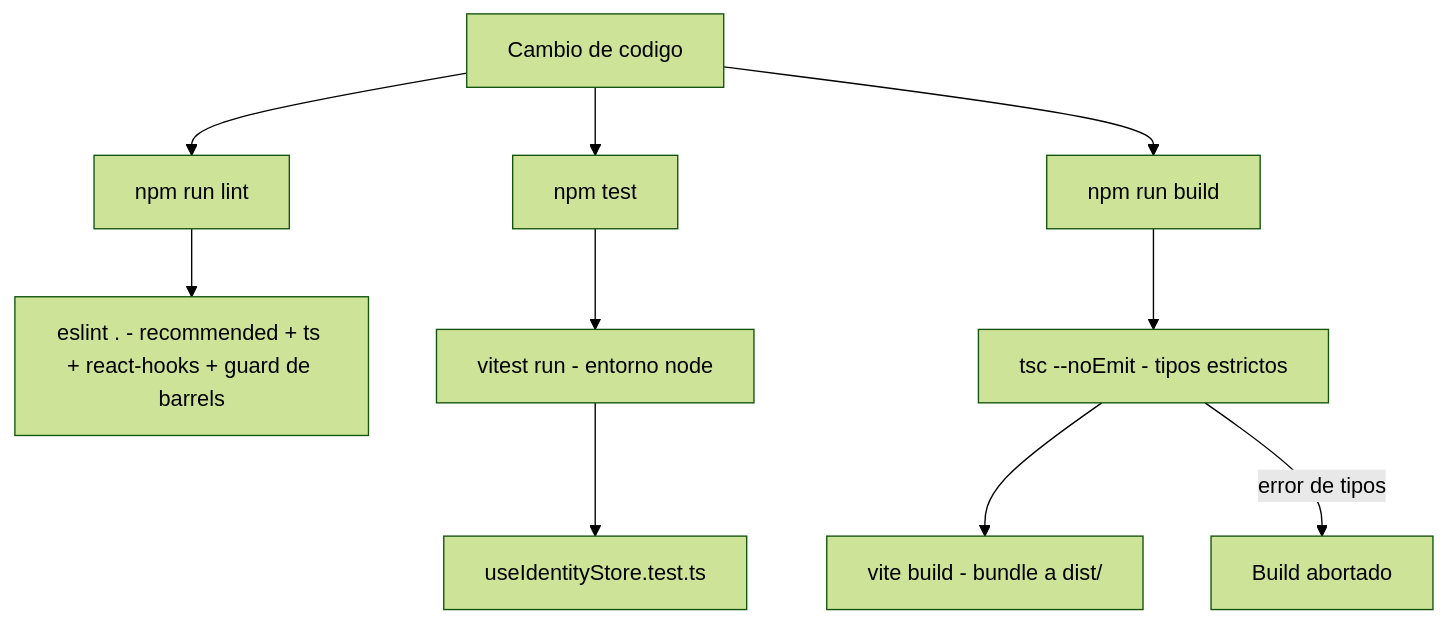
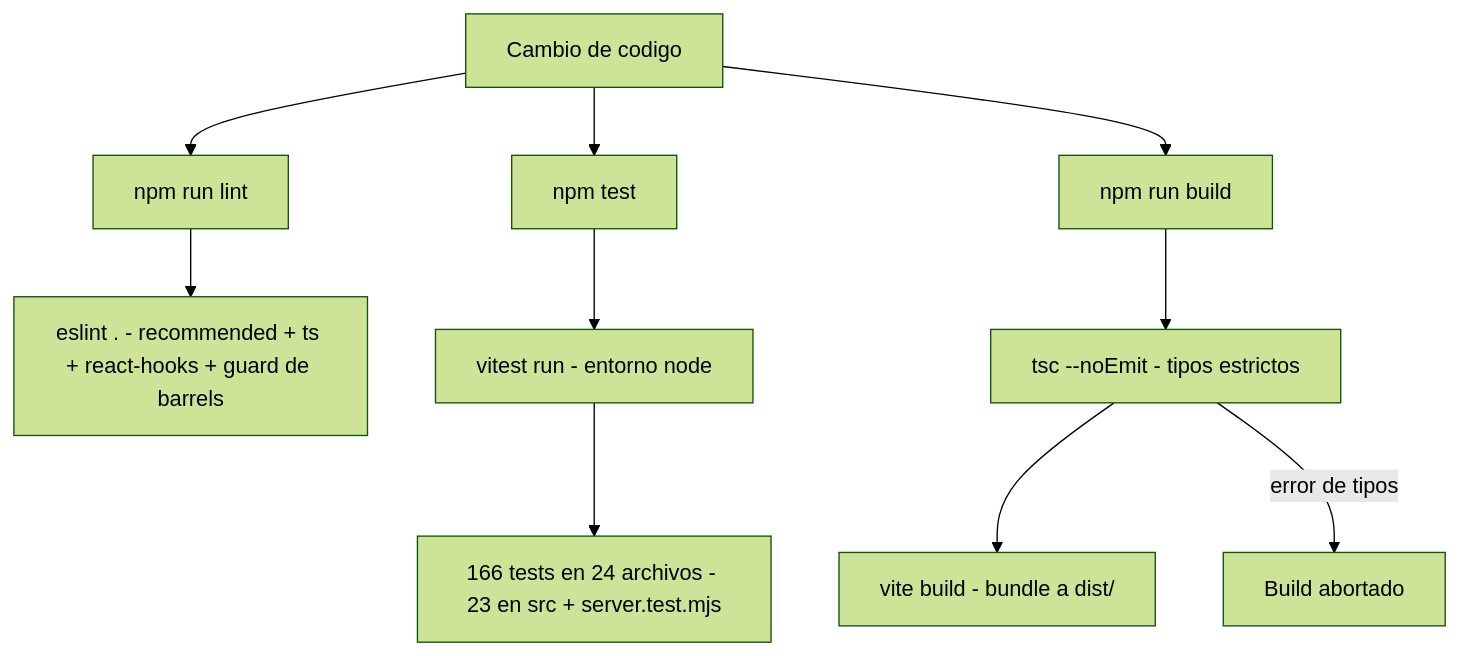
One commit to Carlosmps97/web-data-model-hub changed the first of 4 diagrams in doc/testing.md. Above: the diagram before and after it, drawn with Mermaid (forest theme). The commit also changed other lines of this file and 8 other files, not shown here.

````diff
--- a/doc/testing.md
+++ b/doc/testing.md
@@ -126,12 +146,12 @@
 ```mermaid
 flowchart TD
     A[Cambio de codigo] --> B[npm run lint]
     A --> C[npm test]
     A --> D[npm run build]
     B --> B1[eslint . - recommended + ts + react-hooks + guard de barrels]
     C --> C1[vitest run - entorno node]
-    C1 --> C2[useIdentityStore.test.ts]
+    C1 --> C2[166 tests en 24 archivos - 23 en src + server.test.mjs]
     D --> D1[tsc --noEmit - tipos estrictos]
     D1 --> D2[vite build - bundle a dist/]
     D1 -->|error de tipos| X[Build abortado]
 ```
````
